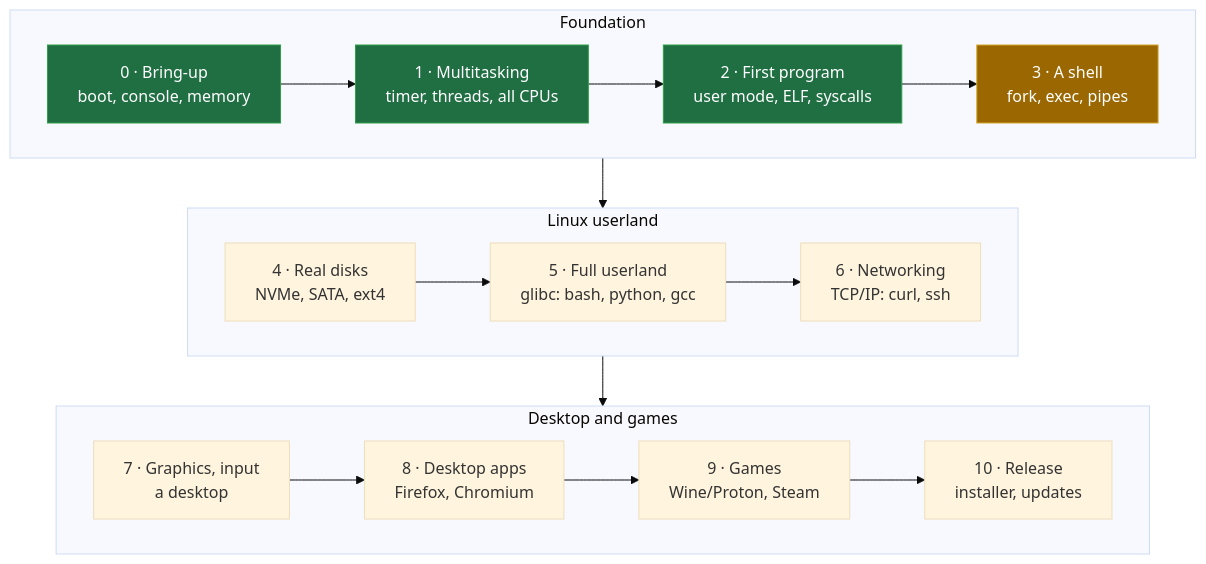
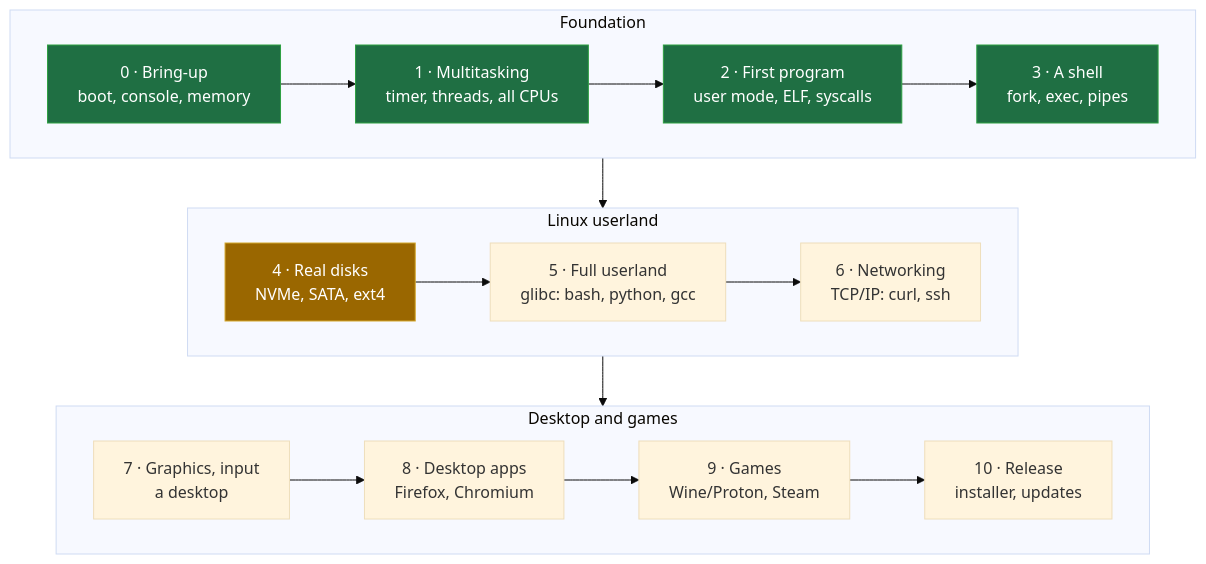
One commit to SegMind25/SegOS changed the sixth of 6 diagrams in README.md. Above: the diagram before and after it, drawn with Mermaid (base theme). The commit also changed other lines of this file and 58 other files, not shown here.

````diff
--- a/README.md
+++ b/README.md
@@ -160,18 +191,18 @@
 ```mermaid
 flowchart TB
     subgraph F["Foundation"]
         direction LR
-        P0["0 · Bring-up<br/>boot, console, memory"]:::done --> P1["1 · Multitasking<br/>timer, threads, all CPUs"]:::done --> P2["2 · First program<br/>user mode, ELF, syscalls"]:::done --> P3["3 · A shell<br/>fork, exec, pipes"]:::next
+        P0["0 · Bring-up<br/>boot, console, memory"]:::done --> P1["1 · Multitasking<br/>timer, threads, all CPUs"]:::done --> P2["2 · First program<br/>user mode, ELF, syscalls"]:::done --> P3["3 · A shell<br/>fork, exec, pipes"]:::done
     end
     subgraph L["Linux userland"]
         direction LR
-        P4["4 · Real disks<br/>NVMe, SATA, ext4"] --> P5["5 · Full userland<br/>glibc: bash, python, gcc"] --> P6["6 · Networking<br/>TCP/IP: curl, ssh"]
+        P4["4 · Real disks<br/>NVMe, SATA, ext4"]:::next --> P5["5 · Full userland<br/>glibc: bash, python, gcc"] --> P6["6 · Networking<br/>TCP/IP: curl, ssh"]
     end
     subgraph D["Desktop and games"]
         direction LR
         P7["7 · Graphics, input<br/>a desktop"] --> P8["8 · Desktop apps<br/>Firefox, Chromium"] --> P9["9 · Games<br/>Wine/Proton, Steam"] --> P10["10 · Release<br/>installer, updates"]
     end
     F --> L --> D
     classDef done fill:#1f6f43,stroke:#2ea043,color:#fff
     classDef next fill:#9a6700,stroke:#d4a72c,color:#fff
 ```
````
